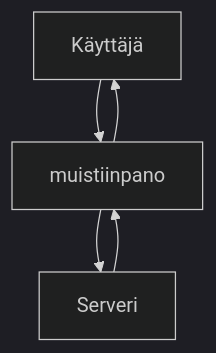
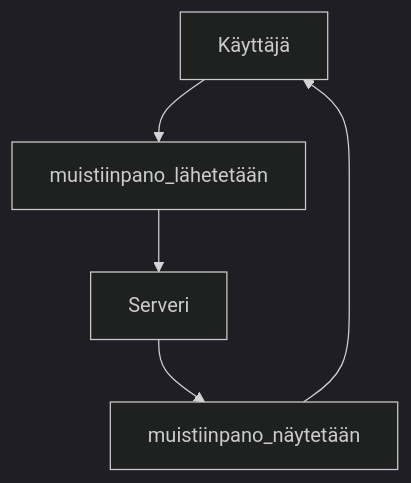
One commit to Robsoni99/Ohjelmointi-2-vuosi changed the diagram in Web-sovellusten-toimintaperiaatteet/README.md. Above: the diagram before and after it, drawn with Mermaid (dark theme).

````diff
--- a/Web-sovellusten-toimintaperiaatteet/README.md
+++ b/Web-sovellusten-toimintaperiaatteet/README.md
@@ -3,7 +3,7 @@
 ```mermaid
 graph TD;
-    Käyttäjä-->muistiinpano;
-    muistiinpano-->Serveri;
-    Serveri-->muistiinpano;
-    muistiinpano-->Käyttäjä;
+    Käyttäjä-->muistiinpano_lähetetään;
+    muistiinpano_lähetetään-->Serveri;
+    Serveri-->muistiinpano_näytetään;
+    muistiinpano_näytetään-->Käyttäjä;
 ```
````
